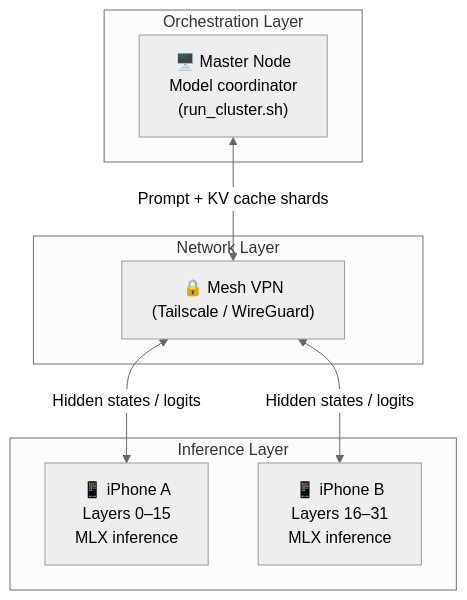
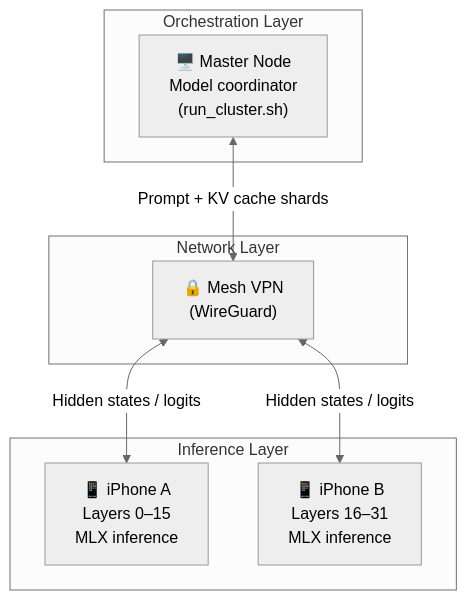
Before and after one commit to Mykol71/dist_cluster: the first of 3 diagrams in docs/AI_LLM_Use_Case.md, drawn with Mermaid (neutral theme). The commit also changed other lines of this file and 7 other files, not shown here.

````diff
--- a/docs/AI_LLM_Use_Case.md
+++ b/docs/AI_LLM_Use_Case.md
@@ -25,16 +25,16 @@
 ```mermaid
 graph TB
     subgraph OL["Orchestration Layer"]
         ORCH["🖥️ Master Node\nModel coordinator\n(run_cluster.sh)"]
     end
     subgraph NL["Network Layer"]
-        VPN["🔒 Mesh VPN\n(Tailscale / WireGuard)"]
+        VPN["🔒 Mesh VPN\n(WireGuard)"]
     end
     subgraph CL["Inference Layer"]
         W1["📱 iPhone A\nLayers 0–15\nMLX inference"]
         W2["📱 iPhone B\nLayers 16–31\nMLX inference"]
     end
     ORCH <-->|"Prompt + KV cache shards"| VPN
     VPN <-->|"Hidden states / logits"| W1
     VPN <-->|"Hidden states / logits"| W2
 ```
````
